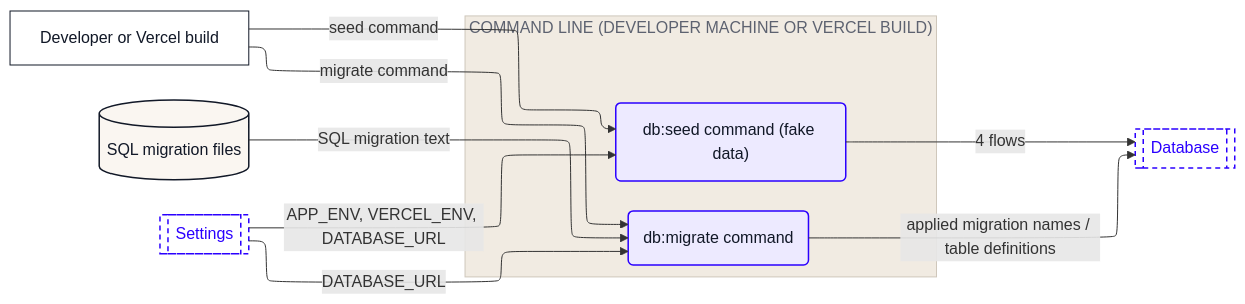
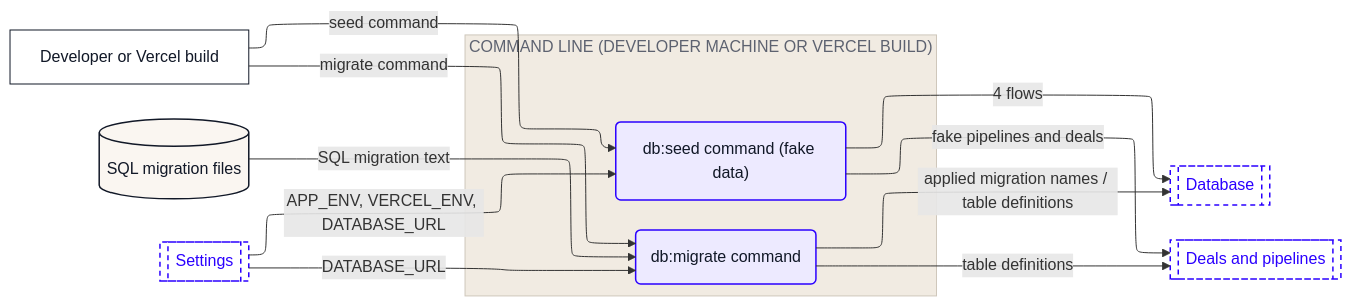
The fourth of 9 diagrams in dataflow/DATAFLOW.md (Romain-Perche/Barnacle-Pipe), drawn with Mermaid before and after one commit. The commit also changed other lines of this file and 12 other files, not shown here.

````diff
--- a/dataflow/DATAFLOW.md
+++ b/dataflow/DATAFLOW.md
@@ -184,33 +197,36 @@
 ```mermaid
 ---
 config:
   layout: elk
 ---
 flowchart LR
     n1["Developer or Vercel build"]
     n2[("SQL migration files")]
     subgraph z1["COMMAND LINE (DEVELOPER MACHINE OR VERCEL BUILD)"]
         n3("db:migrate command")
         n4("db:seed command (fake data)")
     end
     n5[["Database"]]
-    n6[["Settings"]]
+    n6[["Deals and pipelines"]]
+    n7[["Settings"]]
     n1 -->|"migrate command"| n3
     n1 -->|"seed command"| n4
-    n6 -->|"DATABASE_URL"| n3
-    n6 -->|"APP_ENV, VERCEL_ENV, DATABASE_URL"| n4
+    n7 -->|"DATABASE_URL"| n3
+    n7 -->|"APP_ENV, VERCEL_ENV, DATABASE_URL"| n4
+    n3 -->|"table definitions"| n6
     n3 -->|"applied migration names / table definitions"| n5
     n2 -->|"SQL migration text"| n3
+    n4 -->|"fake pipelines and deals"| n6
     n4 -->|"4 flows"| n5
     classDef actor fill:#FFFFFF,stroke:#111827,stroke-width:1px,color:#111827
     classDef process fill:#EDEAFF,stroke:#2B00FF,stroke-width:1.5px,color:#111827
     classDef store fill:#FAF6F1,stroke:#111827,stroke-width:1.5px,color:#111827
     classDef zone fill:#1A1A1A,stroke:#1A1A1A,color:#FFFFFF
     classDef group fill:#2B00FF,stroke:#2B00FF,color:#FFFFFF
     classDef stub fill:#FFFFFF,stroke:#2B00FF,stroke-width:1.5px,stroke-dasharray:5 4,color:#2B00FF
     class n1 actor
     class n3,n4 process
     class n2 store
-    class n5,n6 stub
+    class n5,n6,n7 stub
     style z1 fill:#F1EBE2,stroke:#CFC7BB,color:#5D6270
 ```
````
